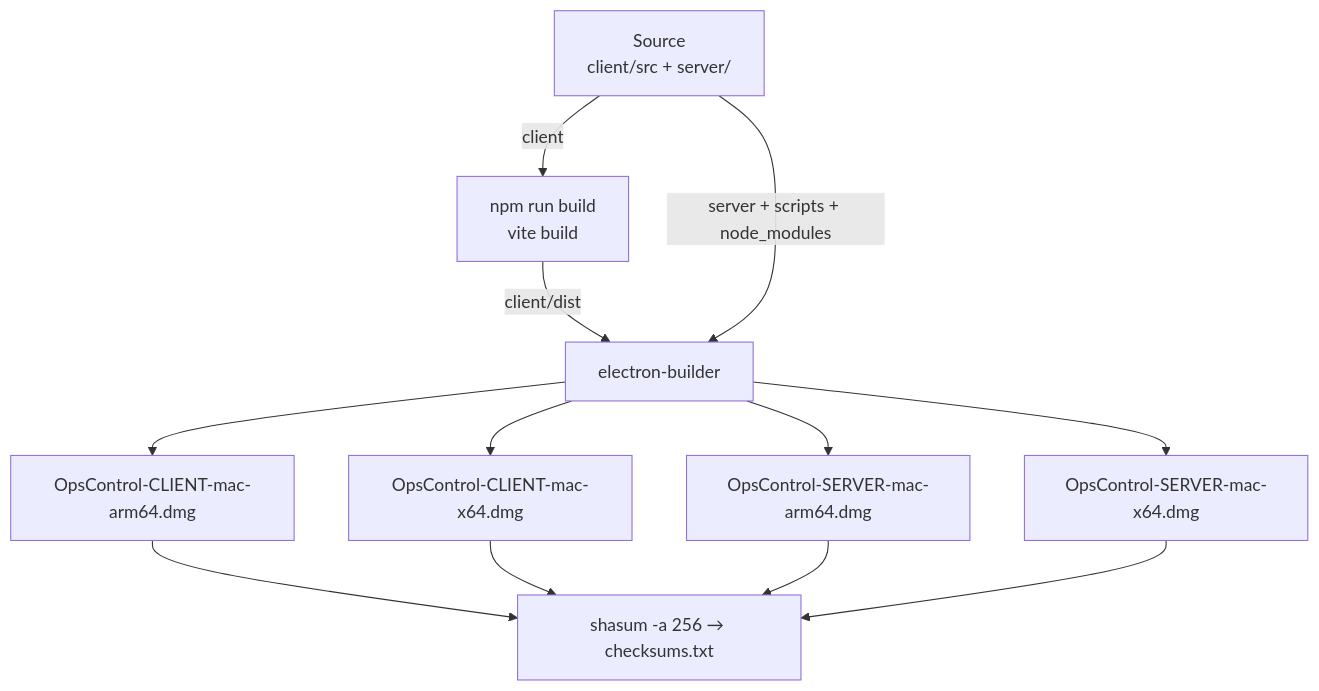
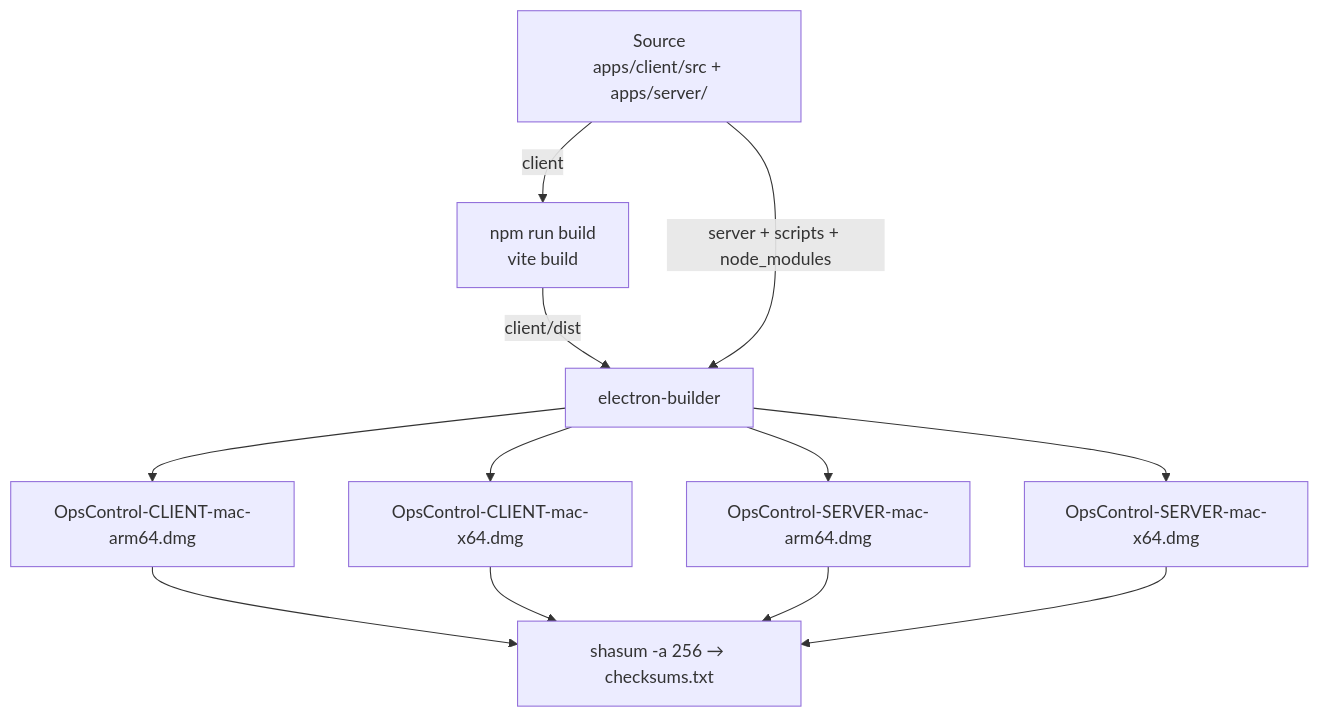
Before and after one commit to thiepdanghd82/Ops-Control: the fifth of 5 diagrams in docs/architecture/ARCHITECTURE.md, drawn with Mermaid. The commit also changed other lines of this file and 1028 other files, not shown here.

````diff
--- a/docs/architecture/ARCHITECTURE.md
+++ b/docs/architecture/ARCHITECTURE.md
@@ -162,16 +162,16 @@
 ```mermaid
 flowchart TB
-  src[Source<br/>client/src + server/]
+  src[Source<br/>apps/client/src + apps/server/]
   build1[npm run build<br/>vite build]
   build2[electron-builder]
   src -->|client| build1 -->|client/dist| build2
   src -->|server + scripts + node_modules| build2
   build2 --> dmg1[OpsControl-CLIENT-mac-arm64.dmg]
   build2 --> dmg2[OpsControl-CLIENT-mac-x64.dmg]
   build2 --> dmg3[OpsControl-SERVER-mac-arm64.dmg]
   build2 --> dmg4[OpsControl-SERVER-mac-x64.dmg]
   dmg1 --> sha[shasum -a 256 → checksums.txt]
   dmg2 --> sha
   dmg3 --> sha
   dmg4 --> sha
 ```
````
